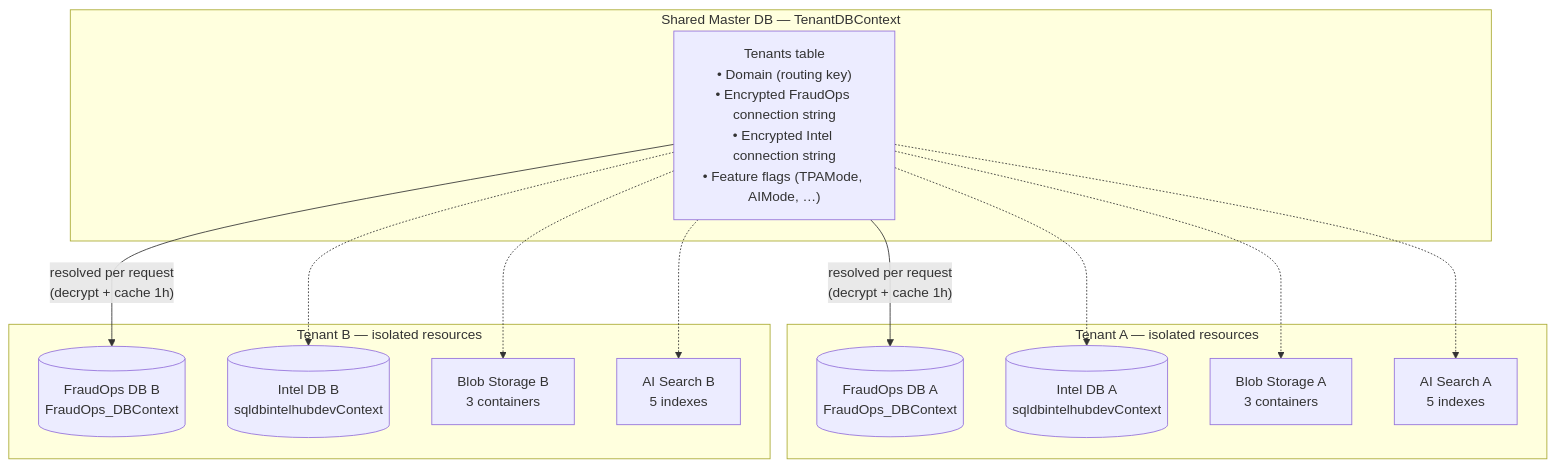
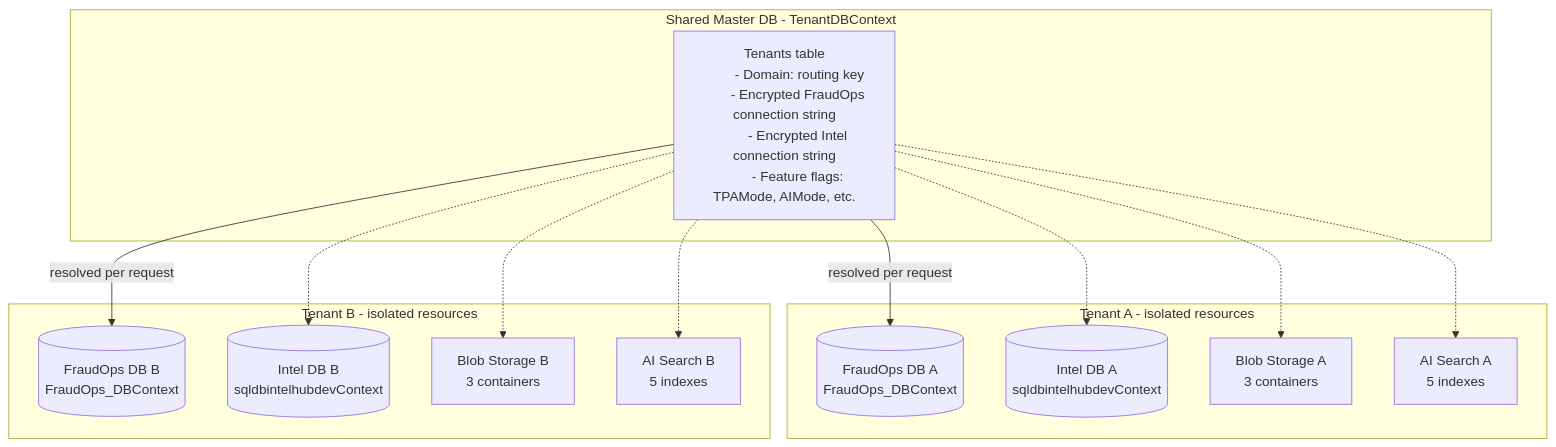
One commit to Anubhav-Singh13/Monk_Intelligence changed the first of 5 diagrams in MULTI-TENANCY.md. Above: the diagram before and after it, drawn with Mermaid. The commit also changed other lines of this file and 1 other file, not shown here.

````diff
--- a/MULTI-TENANCY.md
+++ b/MULTI-TENANCY.md
@@ -29,25 +29,41 @@
 ```mermaid
 graph TB
-    subgraph master["Shared Master DB — TenantDBContext"]
-        T["Tenants table\n• Domain (routing key)\n• Encrypted FraudOps connection string\n• Encrypted Intel connection string\n• Feature flags (TPAMode, AIMode, …)"]
+    subgraph master["Shared Master DB - TenantDBContext"]
+        T["Tenants table
+        - Domain: routing key
+        - Encrypted FraudOps connection string
+        - Encrypted Intel connection string
+        - Feature flags: TPAMode, AIMode, etc."]
     end
 
-    subgraph tenantA["Tenant A — isolated resources"]
-        A_DB[("FraudOps DB A\nFraudOps_DBContext")]
-        A_Intel[("Intel DB A\nsqldbintelhubdevContext")]
-        A_Blob["Blob Storage A\n3 containers"]
-        A_Search["AI Search A\n5 indexes"]
+    subgraph tenantA["Tenant A - isolated resources"]
+        A_DB[("FraudOps DB A
+        FraudOps_DBContext")]
+        A_Intel[("Intel DB A
+        sqldbintelhubdevContext")]
+        A_Blob["Blob Storage A
+        3 containers"]
+        A_Search["AI Search A
+        5 indexes"]
     end
 
-    subgraph tenantB["Tenant B — isolated resources"]
-        B_DB[("FraudOps DB B\nFraudOps_DBContext")]
-        B_Intel[("Intel DB B\nsqldbintelhubdevContext")]
-        B_Blob["Blob Storage B\n3 containers"]
-        B_Search["AI Search B\n5 indexes"]
+    subgraph tenantB["Tenant B - isolated resources"]
+        B_DB[("FraudOps DB B
+        FraudOps_DBContext")]
+        B_Intel[("Intel DB B
+        sqldbintelhubdevContext")]
+        B_Blob["Blob Storage B
+        3 containers"]
+        B_Search["AI Search B
+        5 indexes"]
     end
 
-    T -->|"resolved per request\n(decrypt + cache 1h)"| A_DB
-    T -->|"resolved per request\n(decrypt + cache 1h)"| B_DB
-    T -.-> A_Intel & A_Blob & A_Search
-    T -.-> B_Intel & B_Blob & B_Search
+    T -->|resolved per request| A_DB
+    T -->|resolved per request| B_DB
+    T -.-> A_Intel
+    T -.-> A_Blob
+    T -.-> A_Search
+    T -.-> B_Intel
+    T -.-> B_Blob
+    T -.-> B_Search
 ```
````
